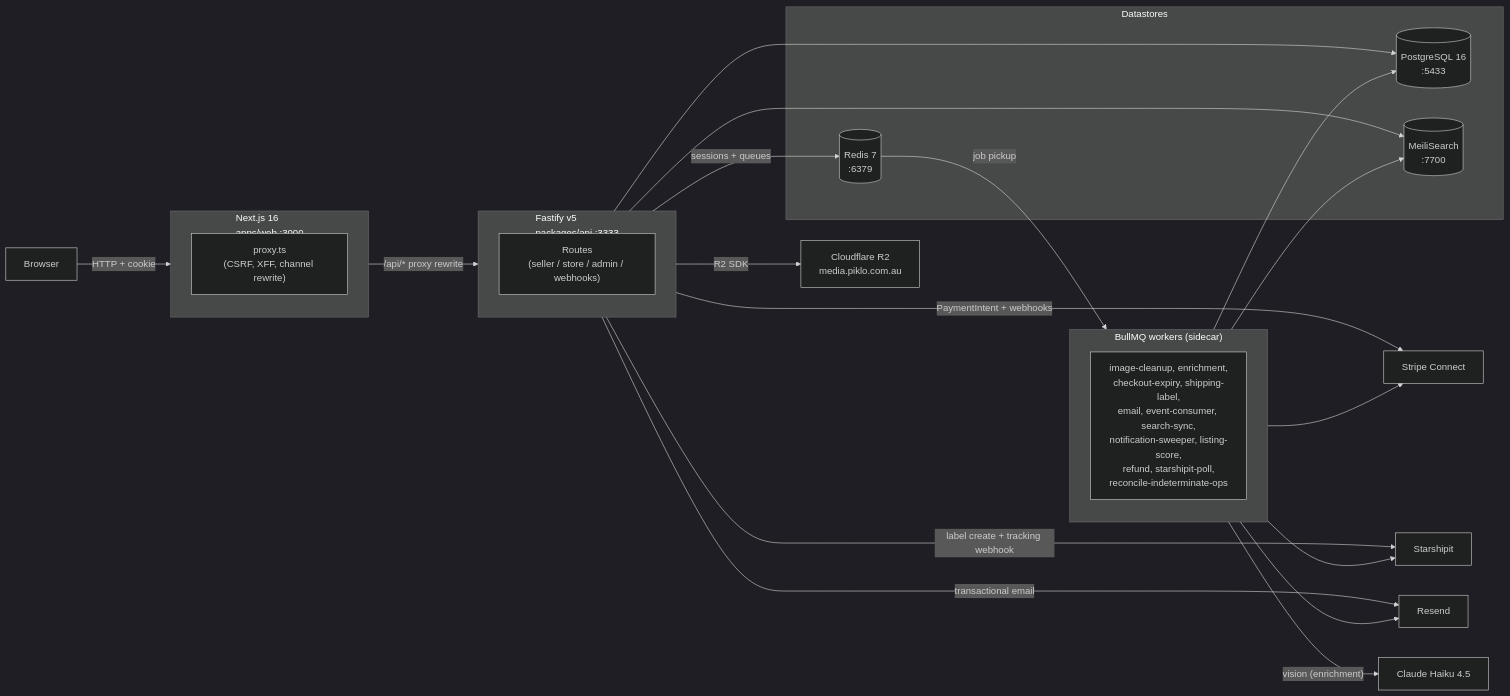
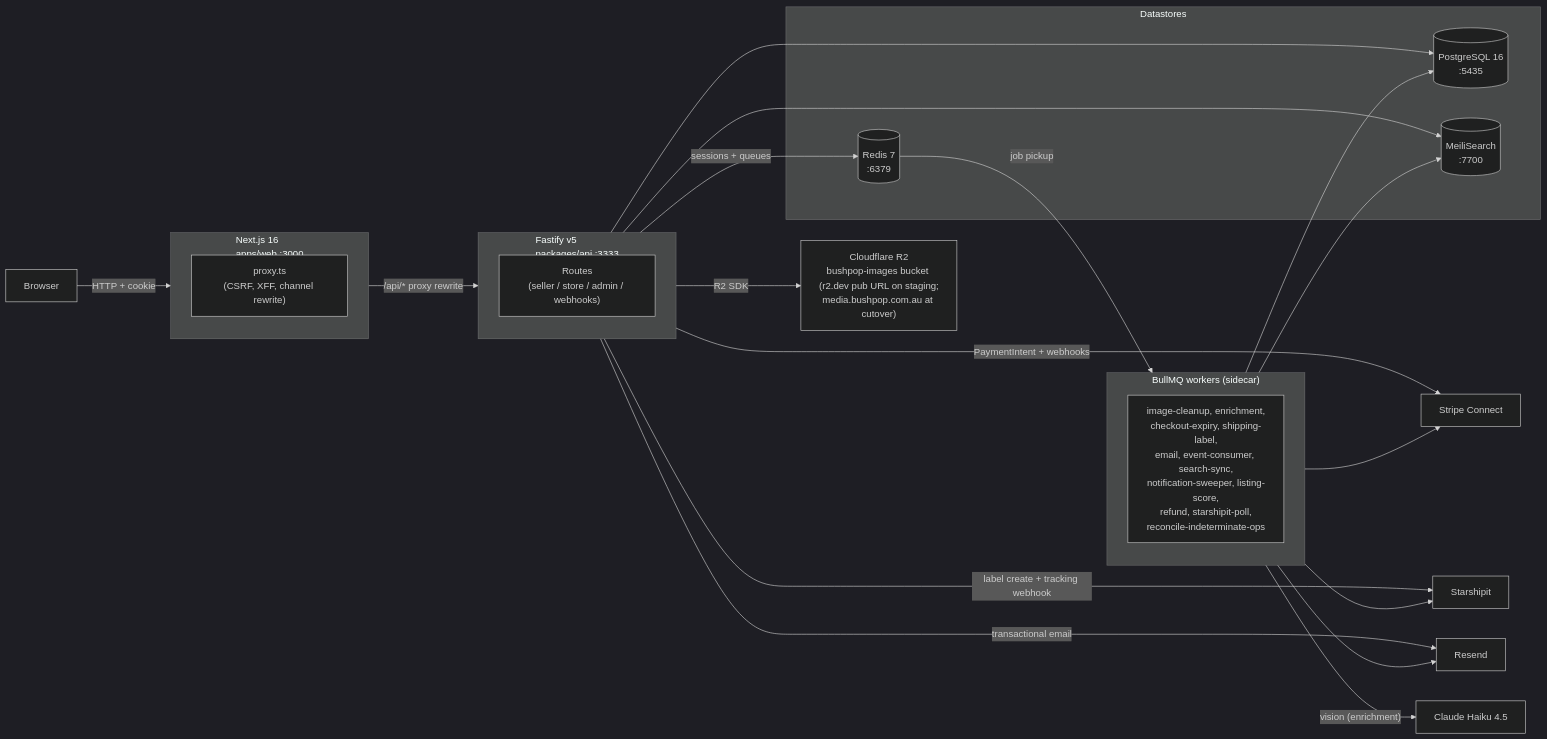
Before and after one commit to benobie/bushpop-v2: the first of 3 diagrams in docs/engine/ARCHITECTURE.md, drawn with Mermaid (dark theme). The commit also changed other lines of this file and 20 other files, not shown here.

````diff
--- a/docs/engine/ARCHITECTURE.md
+++ b/docs/engine/ARCHITECTURE.md
@@ -14,46 +14,46 @@
 ```mermaid
 graph LR
   Browser["Browser"]
 
   subgraph Web["Next.js 16<br/>apps/web :3000"]
     Proxy["proxy.ts<br/>(CSRF, XFF, channel rewrite)"]
   end
 
   subgraph API["Fastify v5<br/>packages/api :3333"]
     Routes["Routes<br/>(seller / store / admin / webhooks)"]
   end
 
   subgraph Data["Datastores"]
-    PG[("PostgreSQL 16<br/>:5433")]
+    PG[("PostgreSQL 16<br/>:5435")]
     Redis[("Redis 7<br/>:6379")]
     Meili[("MeiliSearch<br/>:7700")]
   end
 
   subgraph Workers["BullMQ workers (sidecar)"]
     W["image-cleanup, enrichment,<br/>checkout-expiry, shipping-label,<br/>email, event-consumer, search-sync,<br/>notification-sweeper, listing-score,<br/>refund, starshipit-poll,<br/>reconcile-indeterminate-ops"]
   end
 
   Stripe["Stripe Connect"]
   Starshipit["Starshipit"]
   Resend["Resend"]
   Claude["Claude Haiku 4.5"]
-  R2["Cloudflare R2<br/>media.piklo.com.au"]
+  R2["Cloudflare R2<br/>bushpop-images bucket (r2.dev pub URL on staging;<br/>media.bushpop.com.au at cutover)"]
 
   Browser -->|"HTTP + cookie"| Web
   Web -->|"/api/* proxy rewrite"| API
   API --> PG
   API -->|"sessions + queues"| Redis
   API --> Meili
   API -->|"PaymentIntent + webhooks"| Stripe
   API -->|"label create + tracking webhook"| Starshipit
   API -->|"transactional email"| Resend
   API -->|"R2 SDK"| R2
 
   Redis -->|"job pickup"| Workers
   Workers --> PG
   Workers --> Meili
   Workers -->|"vision (enrichment)"| Claude
   Workers --> Stripe
   Workers --> Starshipit
   Workers --> Resend
 ```
````
